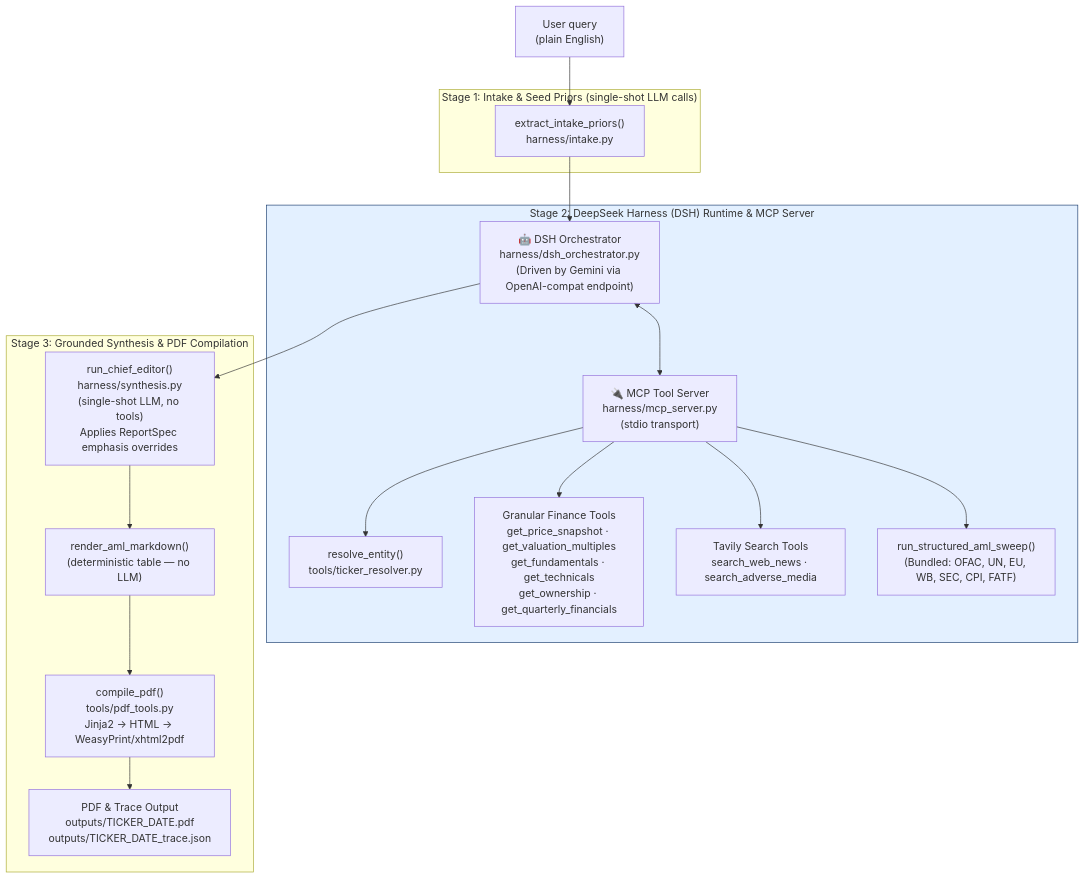
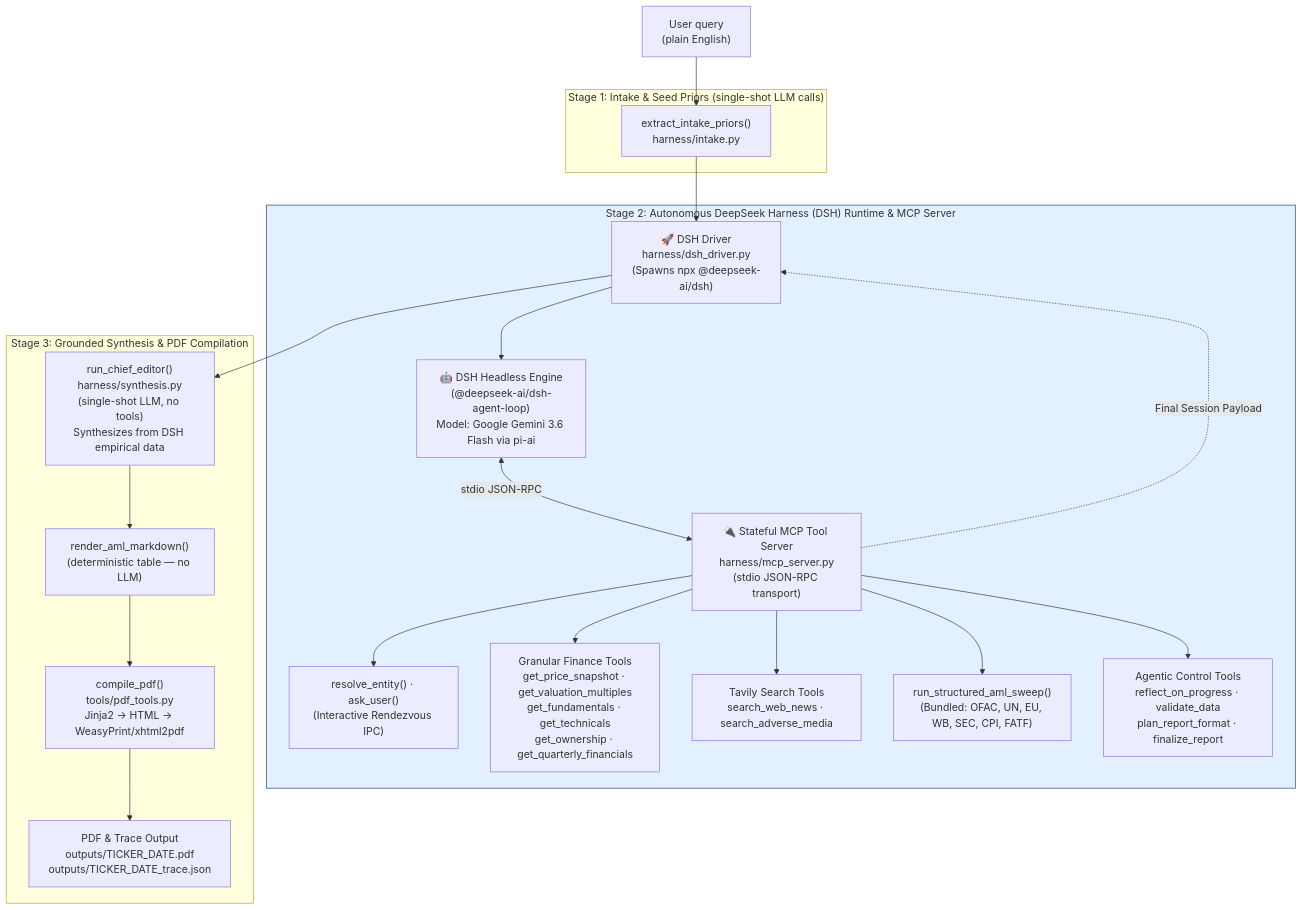
One commit to anived19/dsh-agentic-reportGenerator changed the diagram in ARCHITECTURE.md. Above: the diagram before and after it, drawn with Mermaid. The commit also changed other lines of this file and 7 other files, not shown here.

Commit message:
debugging dsh harness

````diff
--- a/ARCHITECTURE.md
+++ b/ARCHITECTURE.md
@@ -16,36 +18,41 @@
 ```mermaid
 flowchart TD
     A["User query\n(plain English)"] --> B
 
     subgraph Intake["Stage 1: Intake & Seed Priors (single-shot LLM calls)"]
         B["extract_intake_priors()\nharness/intake.py"]
     end
 
-    B --> DSH
+    B --> DSHDriver
 
-    subgraph DSHRuntime["Stage 2: DeepSeek Harness (DSH) Runtime & MCP Server"]
-        DSH["🤖 DSH Orchestrator\nharness/dsh_orchestrator.py\n(Driven by Gemini via OpenAI-compat endpoint)"]
+    subgraph Stage2["Stage 2: Autonomous DeepSeek Harness (DSH) Runtime & MCP Server"]
+        DSHDriver["🚀 DSH Driver\nharness/dsh_driver.py\n(Spawns npx @deepseek-ai/dsh)"]
         
-        MCP["🔌 MCP Tool Server\nharness/mcp_server.py\n(stdio transport)"]
+        DSH["🤖 DSH Headless Engine\n(@deepseek-ai/dsh-agent-loop)\nModel: Google Gemini 3.6 Flash via pi-ai"]
         
-        T1["resolve_entity()\ntools/ticker_resolver.py"]
+        MCP["🔌 Stateful MCP Tool Server\nharness/mcp_server.py\n(stdio JSON-RPC transport)"]
+        
+        T1["resolve_entity() · ask_user()\n(Interactive Rendezvous IPC)"]
         T2["Granular Finance Tools\nget_price_snapshot · get_valuation_multiples\nget_fundamentals · get_technicals\nget_ownership · get_quarterly_financials"]
         T3["Tavily Search Tools\nsearch_web_news · search_adverse_media"]
         T4["run_structured_aml_sweep()\n(Bundled: OFAC, UN, EU, WB, SEC, CPI, FATF)"]
+        T5["Agentic Control Tools\nreflect_on_progress · validate_data\nplan_report_format · finalize_report"]
 
-        DSH <--> MCP
-        MCP --> T1 & T2 & T3 & T4
+        DSHDriver --> DSH
+        DSH <-->|stdio JSON-RPC| MCP
+        MCP --> T1 & T2 & T3 & T4 & T5
+        MCP -.->|Final Session Payload| DSHDriver
     end
 
-    DSH --> F
+    DSHDriver --> F
 
     subgraph Synthesis["Stage 3: Grounded Synthesis & PDF Compilation"]
-        F["run_chief_editor()\nharness/synthesis.py\n(single-shot LLM, no tools)\nApplies ReportSpec emphasis overrides"]
+        F["run_chief_editor()\nharness/synthesis.py\n(single-shot LLM, no tools)\nSynthesizes from DSH empirical data"]
         H["render_aml_markdown()\n(deterministic table — no LLM)"]
         I["compile_pdf()\ntools/pdf_tools.py\nJinja2 → HTML → WeasyPrint/xhtml2pdf"]
         F --> H --> I
         I --> J["PDF & Trace Output\noutputs/TICKER_DATE.pdf\noutputs/TICKER_DATE_trace.json"]
     end
 
-    style DSHRuntime fill:#e3f0ff,stroke:#1a3c6e
+    style Stage2 fill:#e3f0ff,stroke:#1a3c6e
 ```
````
